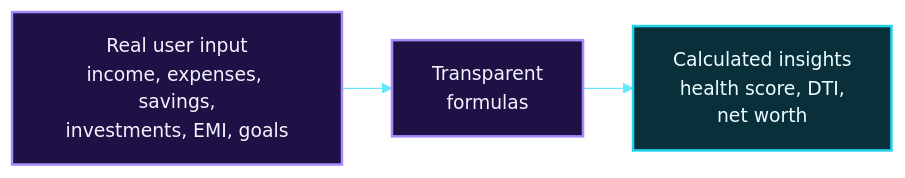
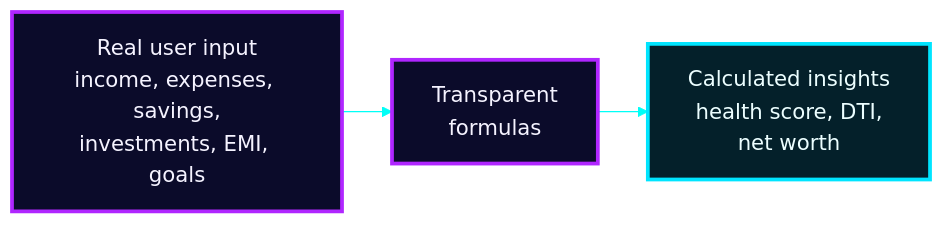
Before and after one commit to Mansi232323/MANSHORA: the seventh of 17 diagrams in README.md, drawn with Mermaid. The commit also changed other lines of this file, not shown here.

````diff
--- a/README.md
+++ b/README.md
@@ -287,10 +324,10 @@
 ```mermaid
-%%{init: {'theme':'base','themeVariables':{'fontSize':'15px','fontFamily':'Arial, Helvetica, sans-serif','primaryColor':'#1e1145','primaryTextColor':'#f5f3ff','primaryBorderColor':'#a78bfa','lineColor':'#67e8f9','textColor':'#f5f3ff','edgeLabelBackground':'#1e1145'},'flowchart':{'htmlLabels':true,'nodeSpacing':35,'rankSpacing':40,'padding':16,'curve':'linear'}}}%%
+%%{init: {'theme':'base','themeVariables':{'fontSize':'17px','fontFamily':'Arial, Helvetica, sans-serif','primaryColor':'#0b0b2a','primaryTextColor':'#f5f3ff','primaryBorderColor':'#b026ff','lineColor':'#00fff7','textColor':'#f5f3ff','edgeLabelBackground':'#0b0b2a'},'flowchart':{'htmlLabels':true,'nodeSpacing':35,'rankSpacing':40,'padding':16,'curve':'linear'}}}%%
 flowchart LR
     I["Real user input<br/>income, expenses, savings,<br/>investments, EMI, goals"] --> K["Transparent<br/>formulas"]
     K --> O["Calculated insights<br/>health score, DTI,<br/>net worth"]
-    classDef flow fill:#1e1145,stroke:#a78bfa,stroke-width:2px,color:#f5f3ff
-    classDef out fill:#082f3a,stroke:#22d3ee,stroke-width:2px,color:#ecfeff
+    classDef flow fill:#0b0b2a,stroke:#b026ff,stroke-width:3px,color:#f5f3ff
+    classDef out fill:#04202a,stroke:#00e5ff,stroke-width:3px,color:#ecfeff
     class I,K flow
     class O out
 ```
````
